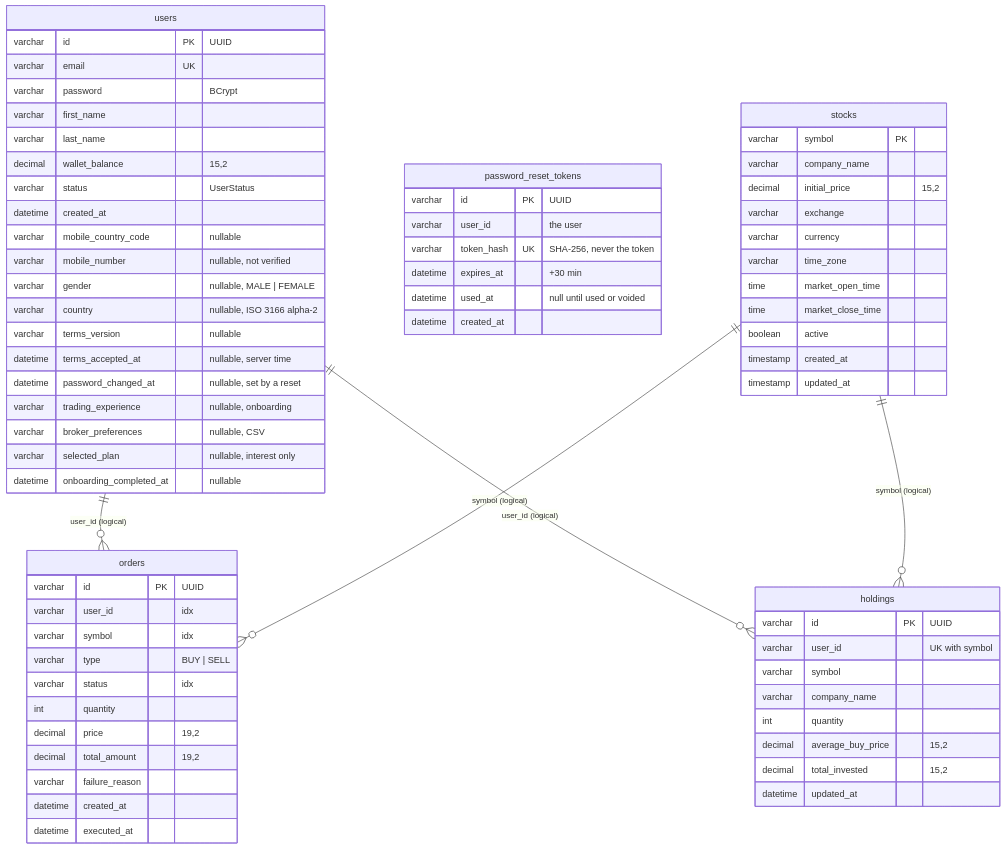
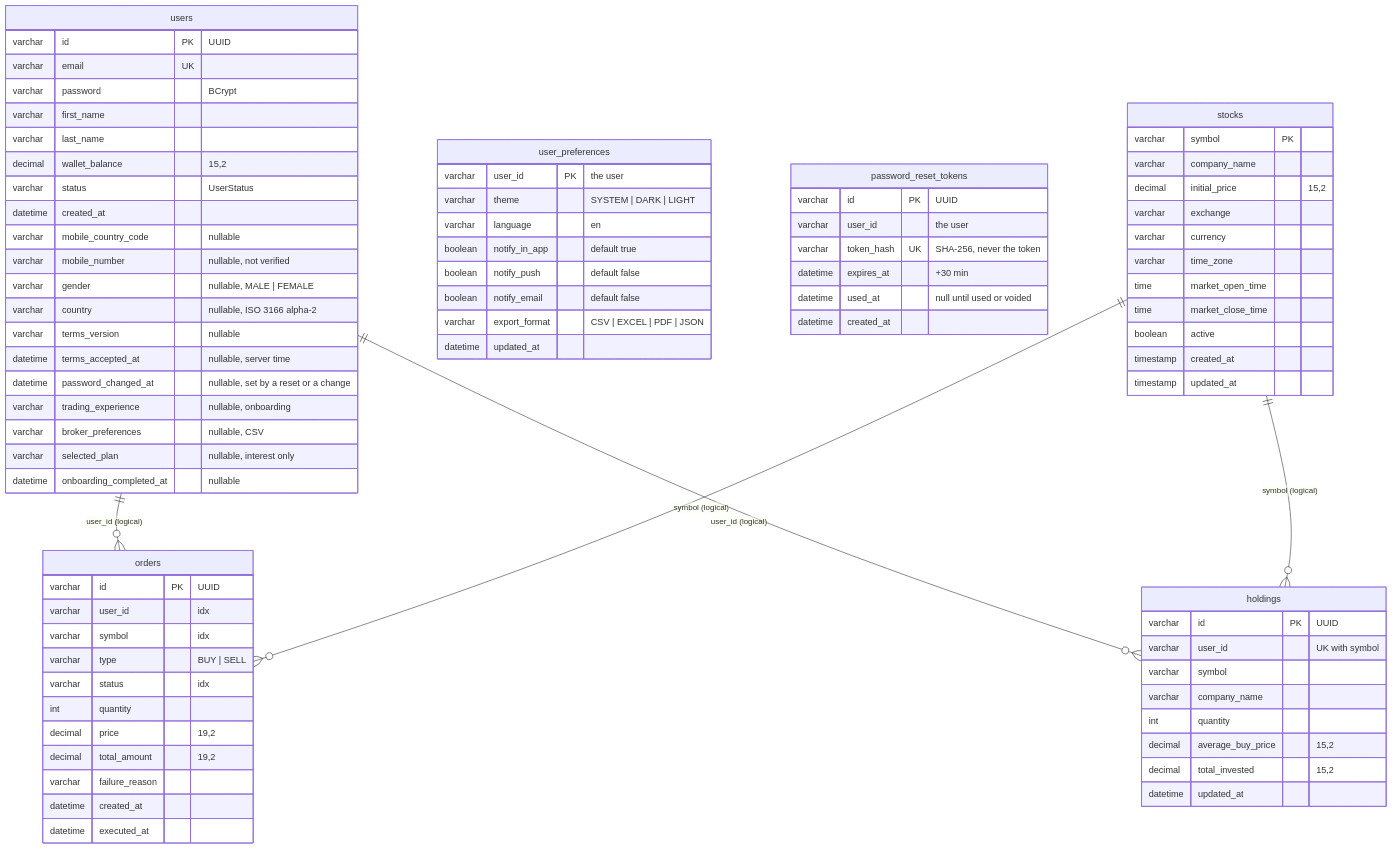
One commit to reddyshankarprogrammer/stock-market-system changed the sixth of 6 diagrams in docs/technical-documentation.md. Above: the diagram before and after it, drawn with Mermaid. The commit also changed 41 other files, not shown here.

````diff
--- a/docs/technical-documentation.md
+++ b/docs/technical-documentation.md
@@ -361,72 +361,82 @@
 ```mermaid
 erDiagram
     users {
         varchar id PK "UUID"
         varchar email UK
         varchar password "BCrypt"
         varchar first_name
         varchar last_name
         decimal wallet_balance "15,2"
         varchar status "UserStatus"
         datetime created_at
         varchar mobile_country_code "nullable"
         varchar mobile_number "nullable, not verified"
         varchar gender "nullable, MALE | FEMALE"
         varchar country "nullable, ISO 3166 alpha-2"
         varchar terms_version "nullable"
         datetime terms_accepted_at "nullable, server time"
-        datetime password_changed_at "nullable, set by a reset"
+        datetime password_changed_at "nullable, set by a reset or a change"
         varchar trading_experience "nullable, onboarding"
         varchar broker_preferences "nullable, CSV"
         varchar selected_plan "nullable, interest only"
         datetime onboarding_completed_at "nullable"
+    }
+    user_preferences {
+        varchar user_id PK "the user"
+        varchar theme "SYSTEM | DARK | LIGHT"
+        varchar language "en"
+        boolean notify_in_app "default true"
+        boolean notify_push "default false"
+        boolean notify_email "default false"
+        varchar export_format "CSV | EXCEL | PDF | JSON"
+        datetime updated_at
     }
     password_reset_tokens {
         varchar id PK "UUID"
         varchar user_id "the user"
         varchar token_hash UK "SHA-256, never the token"
         datetime expires_at "+30 min"
         datetime used_at "null until used or voided"
         datetime created_at
     }
     orders {
         varchar id PK "UUID"
         varchar user_id "idx"
         varchar symbol "idx"
         varchar type "BUY | SELL"
         varchar status "idx"
         int quantity
         decimal price "19,2"
         decimal total_amount "19,2"
         varchar failure_reason
         datetime created_at
         datetime executed_at
     }
     holdings {
         varchar id PK "UUID"
         varchar user_id "UK with symbol"
         varchar symbol
         varchar company_name
         int quantity
         decimal average_buy_price "15,2"
         decimal total_invested "15,2"
         datetime updated_at
     }
     stocks {
         varchar symbol PK
         varchar company_name
         decimal initial_price "15,2"
         varchar exchange
         varchar currency
         varchar time_zone
         time market_open_time
         time market_close_time
         boolean active
         timestamp created_at
         timestamp updated_at
     }
     users ||--o{ orders : "user_id (logical)"
     users ||--o{ holdings : "user_id (logical)"
     stocks ||--o{ orders : "symbol (logical)"
     stocks ||--o{ holdings : "symbol (logical)"
 ```
````
